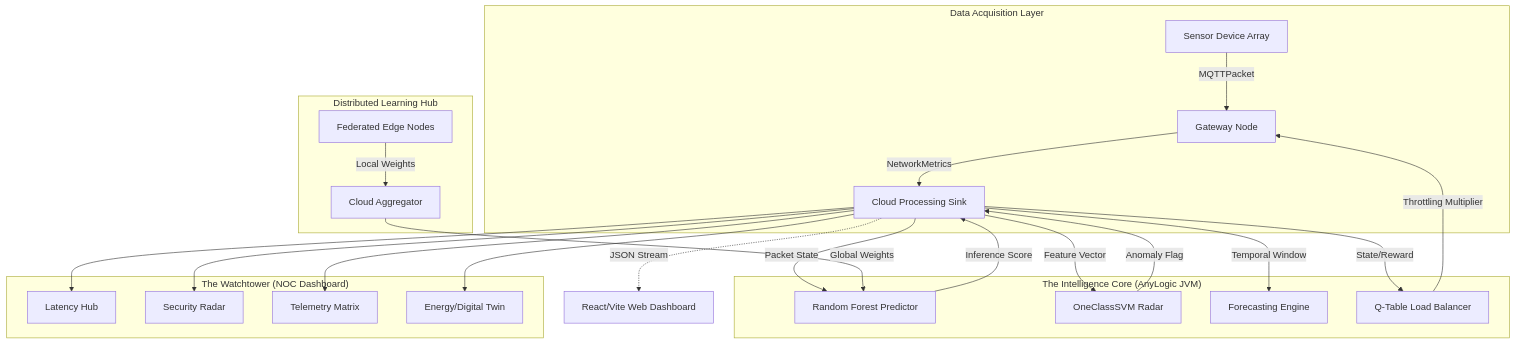
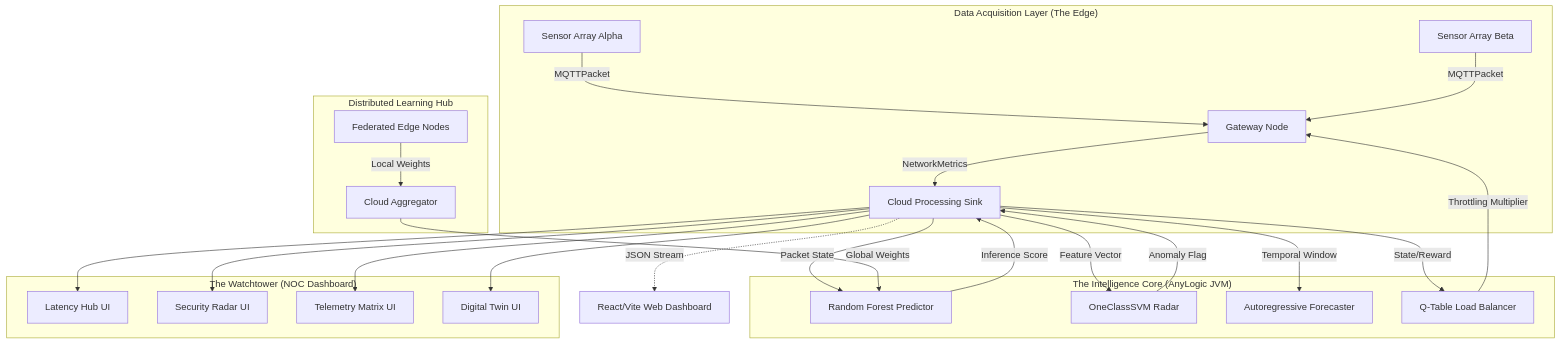
Before and after one commit to Zain-ul-abdeen-773/IOT-Simulation-Networking-Project: the diagram in README.md, drawn with Mermaid. The commit also changed other lines of this file, not shown here.

````diff
--- a/README.md
+++ b/README.md
@@ -13,32 +21,33 @@
 ```mermaid
 graph TD
-    subgraph "Data Acquisition Layer"
-        S[Sensor Device Array] -->|MQTTPacket| G[Gateway Node]
+    subgraph "Data Acquisition Layer (The Edge)"
+        S1[Sensor Array Alpha] -->|MQTTPacket| G[Gateway Node]
+        S2[Sensor Array Beta] -->|MQTTPacket| G
         G -->|NetworkMetrics| SINK[Cloud Processing Sink]
     end
 
     subgraph "The Intelligence Core (AnyLogic JVM)"
         SINK -->|Packet State| RF[Random Forest Predictor]
         SINK -->|Feature Vector| SVM[OneClassSVM Radar]
-        SINK -->|Temporal Window| TS[Forecasting Engine]
+        SINK -->|Temporal Window| TS[Autoregressive Forecaster]
         SINK -->|State/Reward| RL[Q-Table Load Balancer]
         
         RL -->|Throttling Multiplier| G
         RF -->|Inference Score| SINK
         SVM -->|Anomaly Flag| SINK
     end
 
     subgraph "The Watchtower (NOC Dashboard)"
-        SINK --> D1[Latency Hub]
-        SINK --> D2[Security Radar]
-        SINK --> D3[Telemetry Matrix]
-        SINK --> D4[Energy/Digital Twin]
+        SINK --> D1[Latency Hub UI]
+        SINK --> D2[Security Radar UI]
+        SINK --> D3[Telemetry Matrix UI]
+        SINK --> D4[Digital Twin UI]
     end
 
     subgraph "Distributed Learning Hub"
         EDGE[Federated Edge Nodes] -->|Local Weights| AGG[Cloud Aggregator]
         AGG -->|Global Weights| RF
     end
 
     SINK -.->|JSON Stream| WD[React/Vite Web Dashboard]
 ```
````
